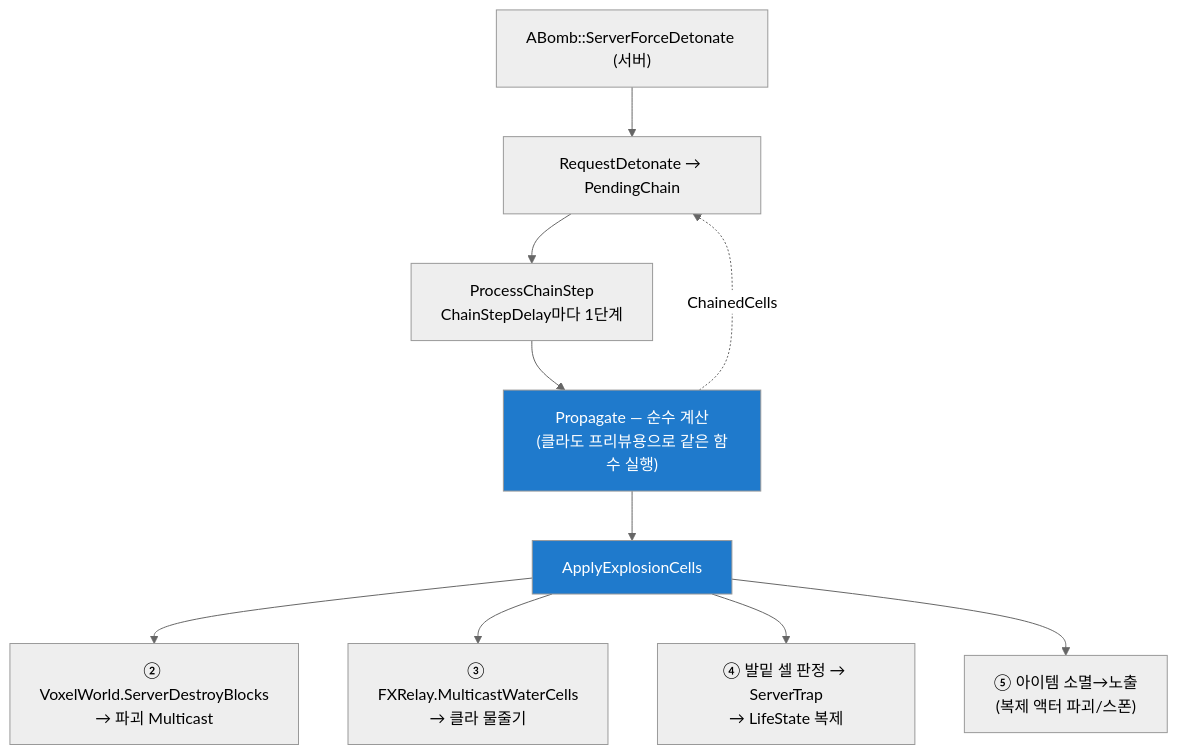
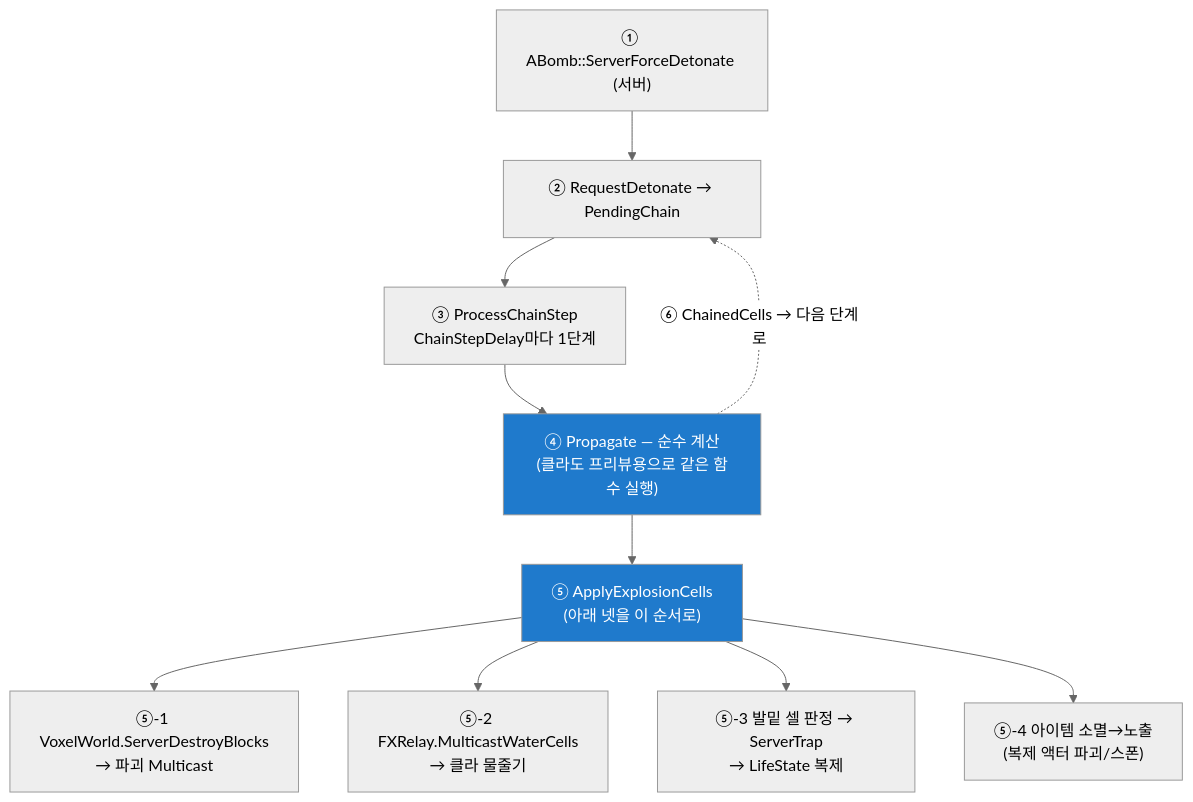
The diagram in Docs/Gameplay/Bomb/16-ExplosionSubsystem.md (chomul/CrazyArcade_3D), drawn with Mermaid (neutral theme) before and after one commit. The commit also changed 7 other files, not shown here.

First line of the commit message:
Docs — 구조도에 진행 순서 번호 (사용자 요청)

````diff
--- a/Docs/Gameplay/Bomb/16-ExplosionSubsystem.md
+++ b/Docs/Gameplay/Bomb/16-ExplosionSubsystem.md
@@ -40,14 +40,14 @@
 ```mermaid
 flowchart TD
-    A["ABomb::ServerForceDetonate (서버)"] --> B["RequestDetonate → PendingChain"]
-    B --> C["ProcessChainStep<br>ChainStepDelay마다 1단계"]
-    C --> D["Propagate — 순수 계산<br>(클라도 프리뷰용으로 같은 함수 실행)"]
-    D --> E["ApplyExplosionCells"]
-    E --> F["② VoxelWorld.ServerDestroyBlocks<br>→ 파괴 Multicast"]
-    E --> G["③ FXRelay.MulticastWaterCells<br>→ 클라 물줄기"]
-    E --> H["④ 발밑 셀 판정 → ServerTrap<br>→ LifeState 복제"]
-    E --> I["⑤ 아이템 소멸→노출<br>(복제 액터 파괴/스폰)"]
-    D -.->|"ChainedCells"| B
+    A["① ABomb::ServerForceDetonate (서버)"] --> B["② RequestDetonate → PendingChain"]
+    B --> C["③ ProcessChainStep<br>ChainStepDelay마다 1단계"]
+    C --> D["④ Propagate — 순수 계산<br>(클라도 프리뷰용으로 같은 함수 실행)"]
+    D --> E["⑤ ApplyExplosionCells<br>(아래 넷을 이 순서로)"]
+    E --> F["⑤-1 VoxelWorld.ServerDestroyBlocks<br>→ 파괴 Multicast"]
+    E --> G["⑤-2 FXRelay.MulticastWaterCells<br>→ 클라 물줄기"]
+    E --> H["⑤-3 발밑 셀 판정 → ServerTrap<br>→ LifeState 복제"]
+    E --> I["⑤-4 아이템 소멸→노출<br>(복제 액터 파괴/스폰)"]
+    D -.->|"⑥ ChainedCells → 다음 단계로"| B
     style D fill:#1F7ACC,color:#fff
     style E fill:#1F7ACC,color:#fff
 ```
````
